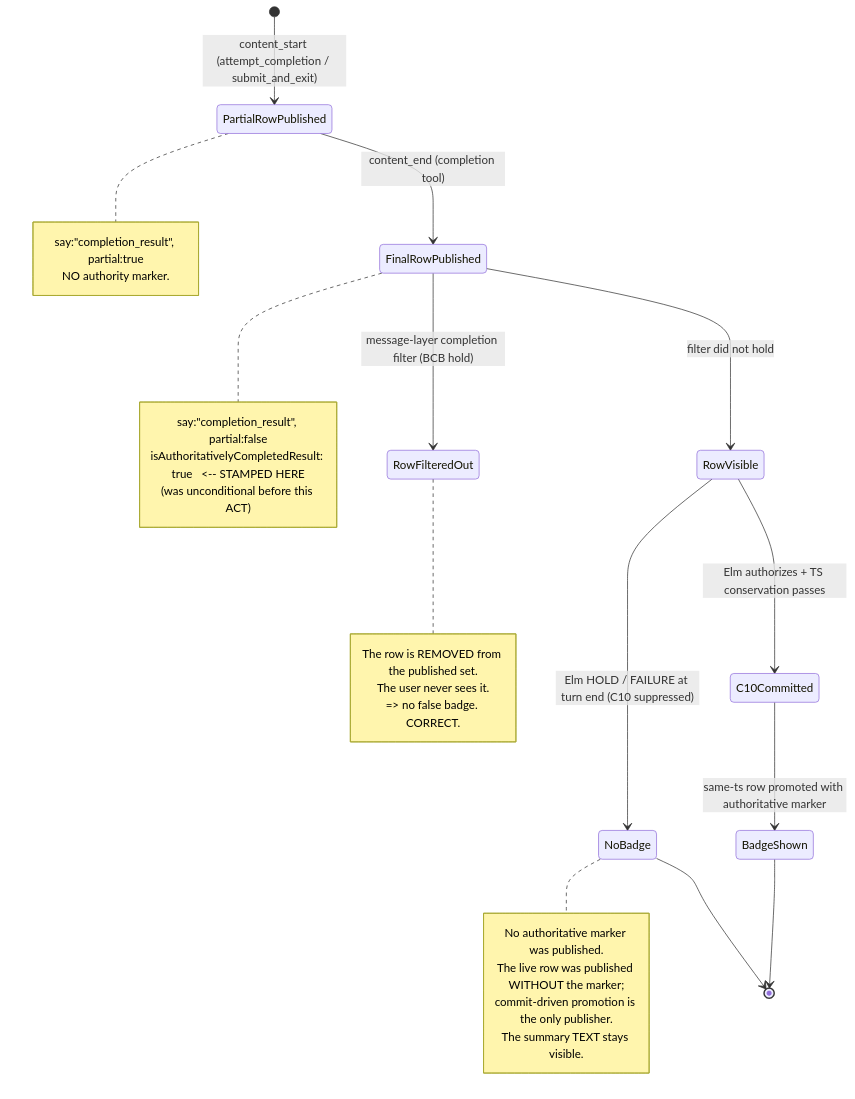
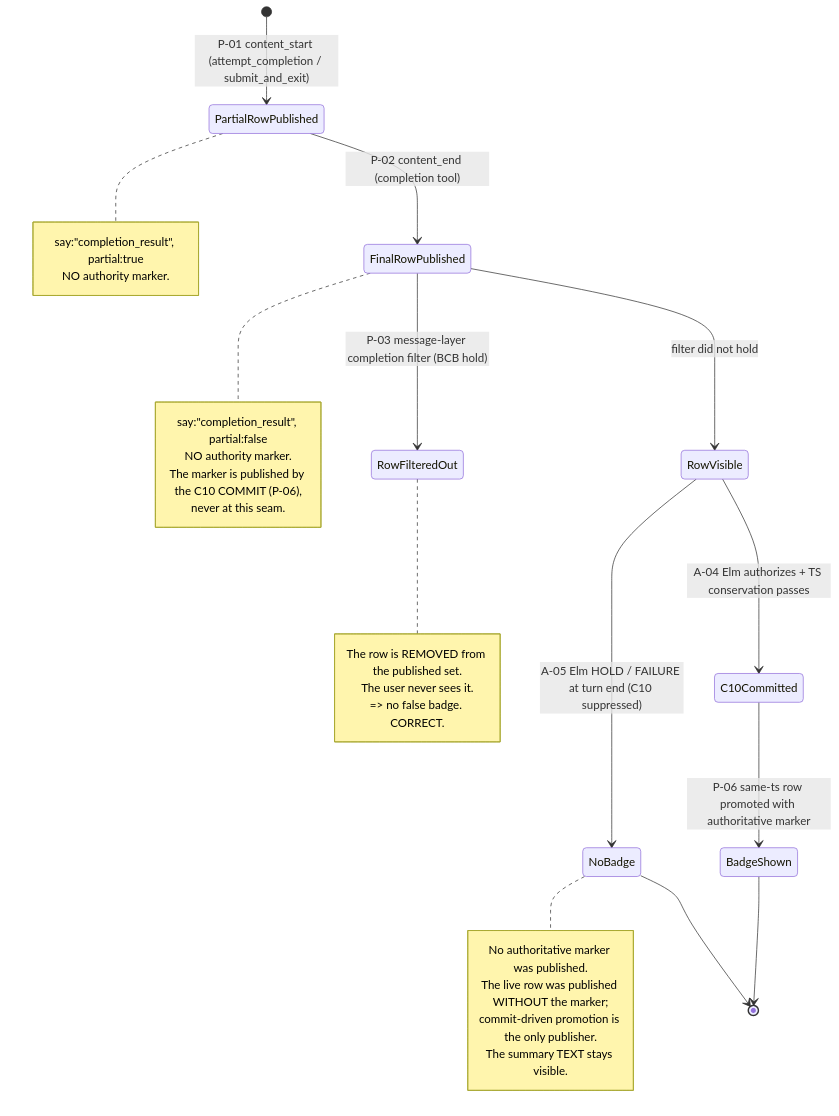
The diagram in docs/architecture/task-lifecycle/04-completion-presentation.md (s1onique/clinemm), drawn with Mermaid before and after one commit. The commit also changed other lines of this file and 18 other files, not shown here.

````diff
--- a/docs/architecture/task-lifecycle/04-completion-presentation.md
+++ b/docs/architecture/task-lifecycle/04-completion-presentation.md
@@ -25,40 +25,41 @@
 ```mermaid
 stateDiagram-v2
     direction TB
 
-    [*] --> PartialRowPublished : content_start (attempt_completion / submit_and_exit)
+    [*] --> PartialRowPublished : P-01 content_start (attempt_completion / submit_and_exit)
     note right of PartialRowPublished
         say:"completion_result", partial:true
         NO authority marker.
     end note
 
-    PartialRowPublished --> FinalRowPublished : content_end (completion tool)
+    PartialRowPublished --> FinalRowPublished : P-02 content_end (completion tool)
     note right of FinalRowPublished
         say:"completion_result", partial:false
-        isAuthoritativelyCompletedResult: true   <-- STAMPED HERE
-        (was unconditional before this ACT)
+        NO authority marker.
+        The marker is published by the C10 COMMIT (P-06),
+        never at this seam.
     end note
 
-    FinalRowPublished --> RowFilteredOut : message-layer completion filter (BCB hold)
+    FinalRowPublished --> RowFilteredOut : P-03 message-layer completion filter (BCB hold)
     note right of RowFilteredOut
         The row is REMOVED from the published set.
         The user never sees it.
         => no false badge. CORRECT.
     end note
 
     FinalRowPublished --> RowVisible : filter did not hold
 
-    RowVisible --> NoBadge : Elm HOLD / FAILURE at turn end (C10 suppressed)
+    RowVisible --> NoBadge : A-05 Elm HOLD / FAILURE at turn end (C10 suppressed)
     note right of NoBadge
         No authoritative marker was published.
         The live row was published WITHOUT the marker;
         commit-driven promotion is the only publisher.
         The summary TEXT stays visible.
     end note
 
-    RowVisible --> C10Committed : Elm authorizes + TS conservation passes
-    C10Committed --> BadgeShown : same-ts row promoted with authoritative marker
+    RowVisible --> C10Committed : A-04 Elm authorizes + TS conservation passes
+    C10Committed --> BadgeShown : P-06 same-ts row promoted with authoritative marker
 
     BadgeShown --> [*]
     NoBadge --> [*]
 ```
````
